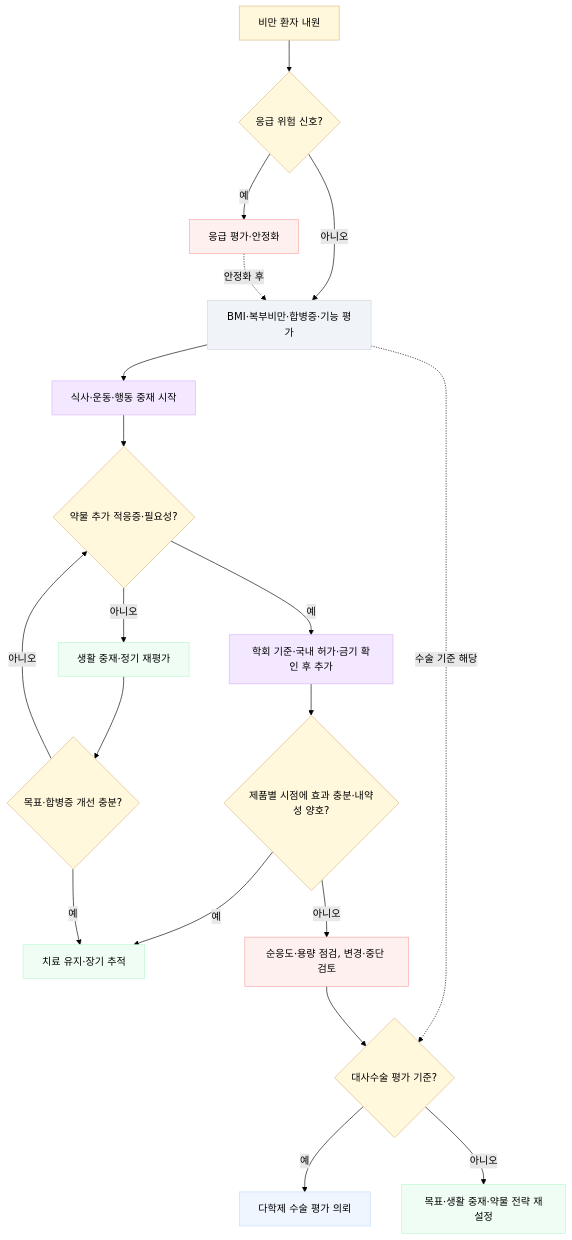
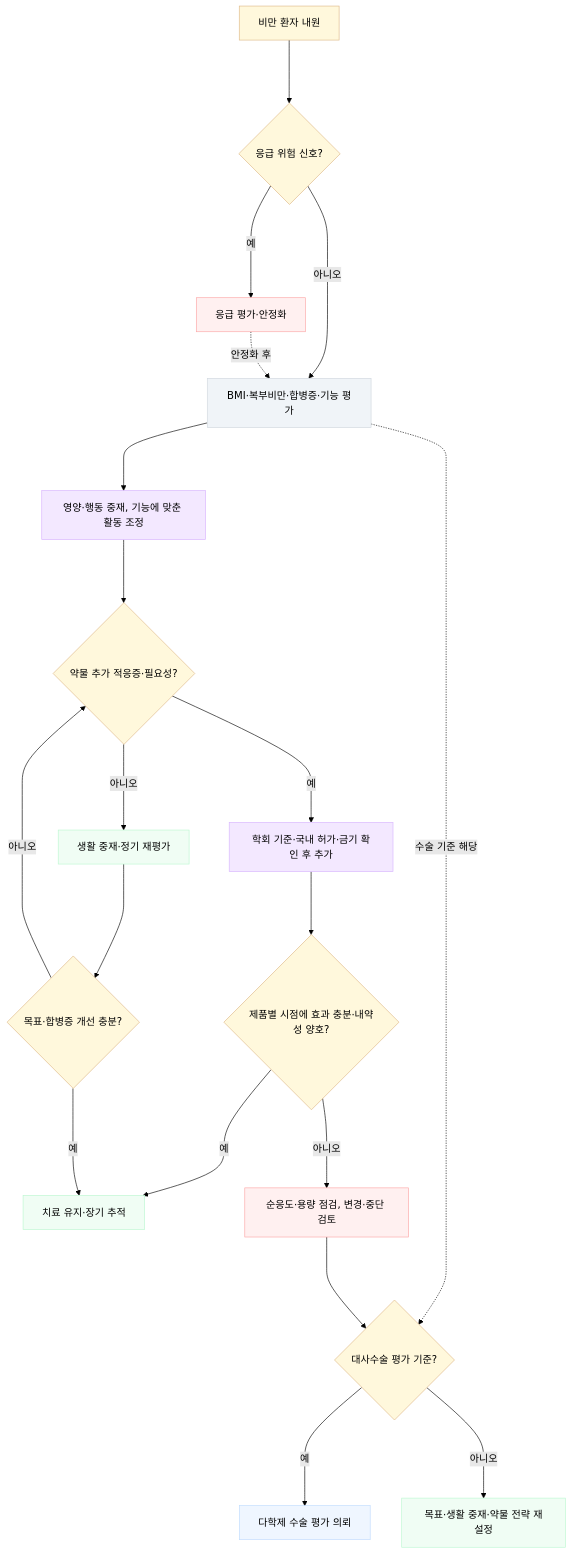
The diagram in 230_/191_-obesity.md (familyoh77/familyoh77), drawn with Mermaid (forest theme) before and after one commit. The commit also changed other lines of this file and 9 other files, not shown here.

````diff
--- a/230_/191_-obesity.md
+++ b/230_/191_-obesity.md
@@ -252,34 +204,34 @@
 ```mermaid
 flowchart TD
-    A["비만 환자 내원"] --> R{"응급 위험 신호?"}
-    R -- 예 --> Q["응급 평가·안정화"]
-    R -- 아니오 --> B["BMI·복부비만·합병증·기능 평가"]
+    A["비만 환자 내원"] ---> R{"응급 위험 신호?"}
+    R -- 예 ---> Q["응급 평가·안정화"]
+    R -- 아니오 ---> B["BMI·복부비만·합병증·기능 평가"]
     Q -. 안정화 후 .-> B
-    B --> C["식사·운동·행동 중재 시작"]
-    C --> F{"약물 추가 적응증·필요성?"}
-    F -- 예 --> G["학회 기준·국내 허가·금기 확인 후 추가"]
-    F -- 아니오 --> E["생활 중재·정기 재평가"]
-    G --> H{"제품별 시점에 효과 충분·내약성 양호?"}
-    H -- 예 --> I["치료 유지·장기 추적"]
-    H -- 아니오 --> J["순응도·용량 점검, 변경·중단 검토"]
-    E --> D{"목표·합병증 개선 충분?"}
-    D -- 예 --> I
-    D -- 아니오 --> F
+    B ---> C["영양·행동 중재, 기능에 맞춘 활동 조정"]
+    C ---> F{"약물 추가 적응증·필요성?"}
+    F -- 예 ---> G["학회 기준·국내 허가·금기 확인 후 추가"]
+    F -- 아니오 ---> E["생활 중재·정기 재평가"]
+    G ---> H{"제품별 시점에 효과 충분·내약성 양호?"}
+    H -- 예 ---> I["치료 유지·장기 추적"]
+    H -- 아니오 ---> J["순응도·용량 점검, 변경·중단 검토"]
+    E ---> D{"목표·합병증 개선 충분?"}
+    D -- 예 ---> I
+    D -- 아니오 ---> F
     B -. 수술 기준 해당 .-> K{"대사수술 평가 기준?"}
-    J --> K
-    K -- 예 --> L["다학제 수술 평가 의뢰"]
-    K -- 아니오 --> M["목표·생활 중재·약물 전략 재설정"]
+    J ---> K
+    K -- 예 ---> L["다학제 수술 평가 의뢰"]
+    K -- 아니오 ---> M["목표·생활 중재·약물 전략 재설정"]
 
     classDef evalNode fill:#FFF8DC,stroke:#DEB887,stroke-width:1px
     classDef condNode fill:#F0F4F8,stroke:#D0D7DE,stroke-width:1px
     classDef txNode fill:#F3E8FF,stroke:#D8B4FE,stroke-width:1px
     classDef successNode fill:#F0FDF4,stroke:#BBF7D0,stroke-width:1px
     classDef failNode fill:#FFF0F0,stroke:#FCA5A5,stroke-width:1px
     classDef referNode fill:#EFF6FF,stroke:#BFDBFE,stroke-width:1px
     class A,R,D,F,H,K evalNode
     class B condNode
     class C,G txNode
     class E,I,M successNode
     class J,Q failNode
     class L referNode
 ```
````
